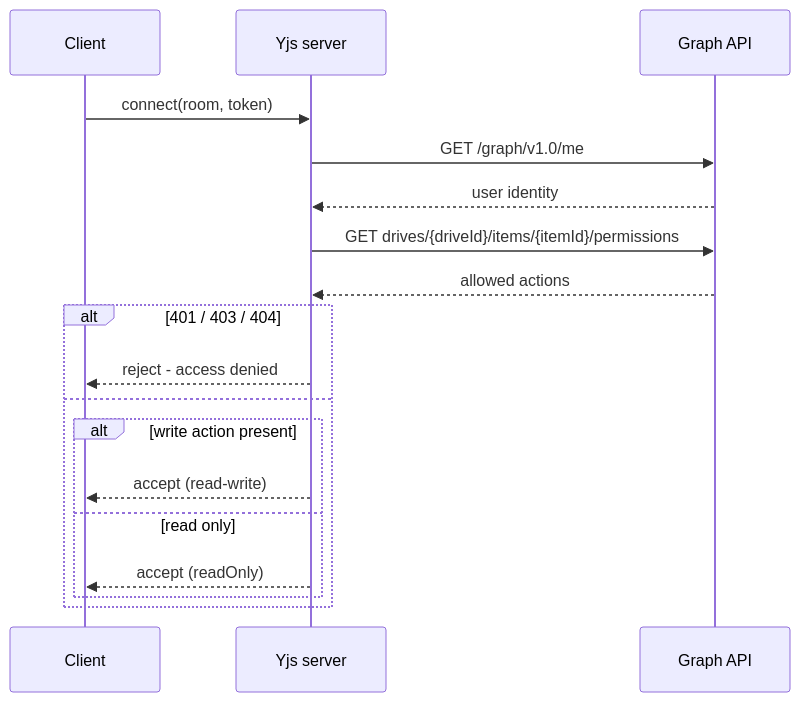
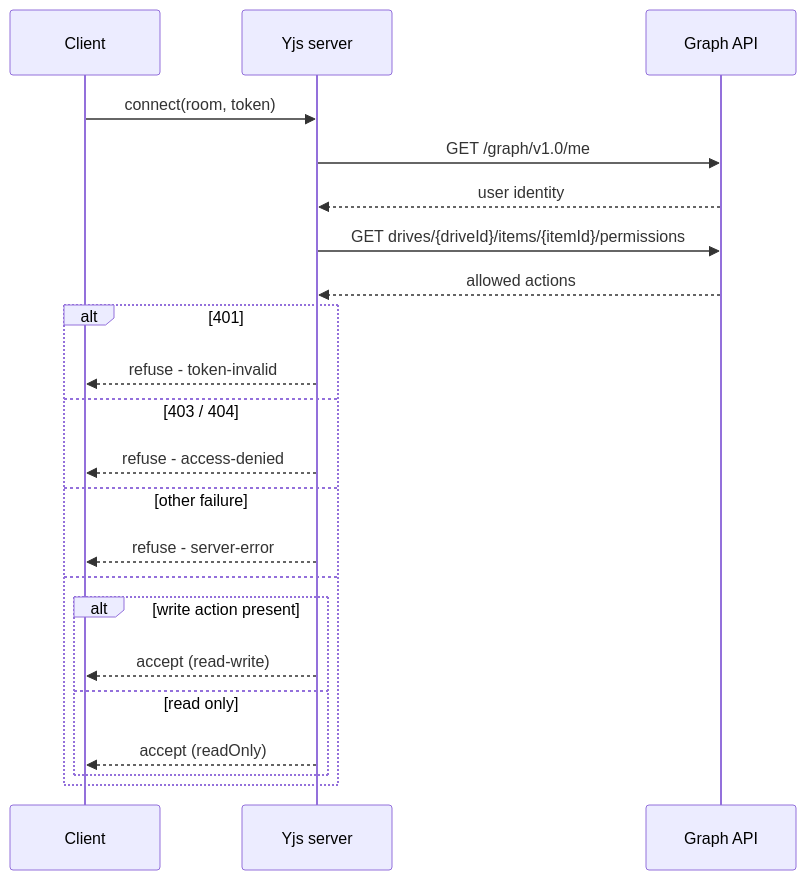
The second of 6 diagrams in dev/docs/yjs.md (opencloud-eu/web), drawn with Mermaid before and after one commit. The commit also changed 3 other files, not shown here.

````diff
--- a/dev/docs/yjs.md
+++ b/dev/docs/yjs.md
@@ -69,21 +69,25 @@
 ```mermaid
 sequenceDiagram
     participant C as Client
     participant HP as Yjs server
     participant G as Graph API
 
     C->>HP: connect(room, token)
     HP->>G: GET /graph/v1.0/me
     G-->>HP: user identity
     HP->>G: GET drives/{driveId}/items/{itemId}/permissions
     G-->>HP: allowed actions
-    alt 401 / 403 / 404
-        HP-->>C: reject - access denied
+    alt 401
+        HP-->>C: refuse - token-invalid
+    else 403 / 404
+        HP-->>C: refuse - access-denied
+    else other failure
+        HP-->>C: refuse - server-error
     else
         alt write action present
             HP-->>C: accept (read-write)
         else read only
             HP-->>C: accept (readOnly)
         end
     end
 ```
````
